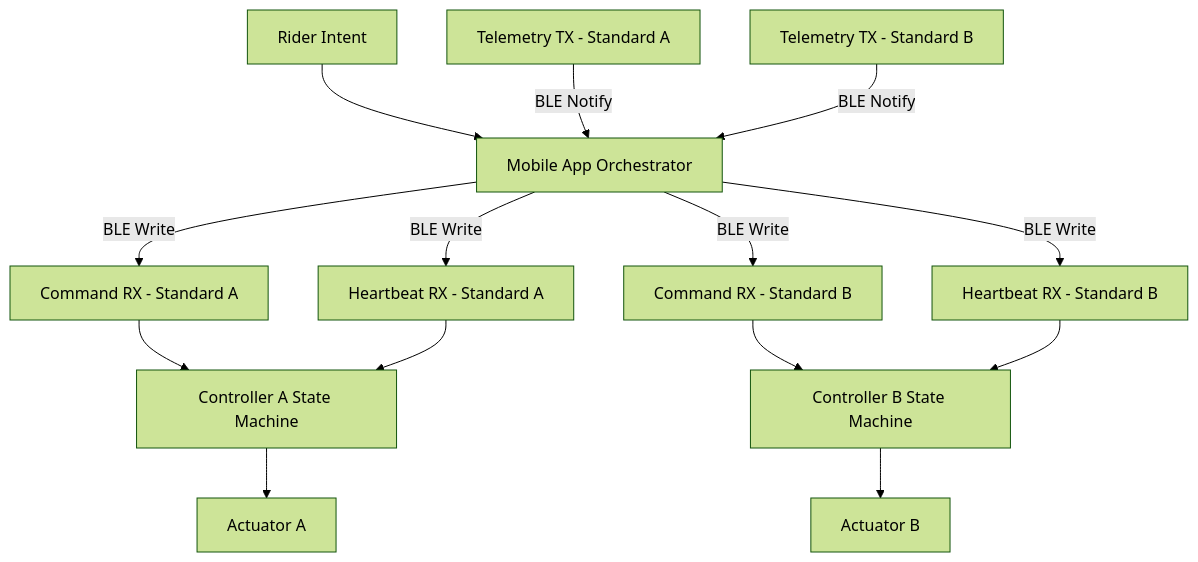
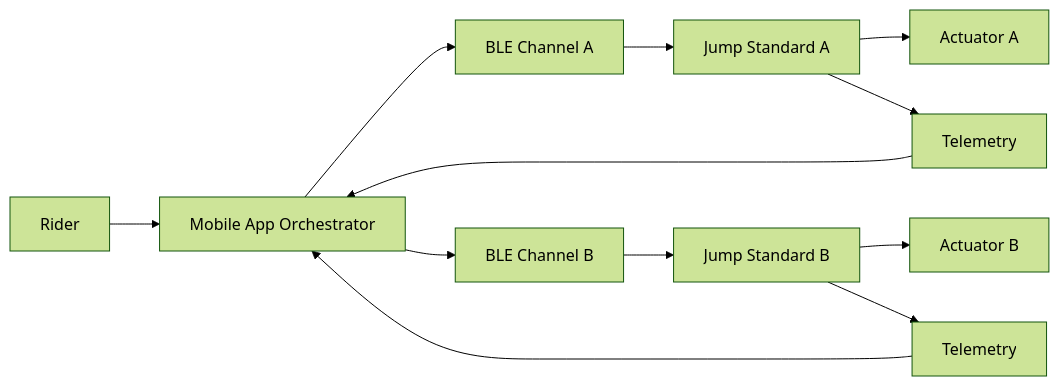
One commit to arisharazakhan-cpu/smart-jump-prototype changed the diagram in README.md. Above: the diagram before and after it, drawn with Mermaid (forest theme). The commit also changed other lines of this file, not shown here.

Commit message:
docs: finalize professional README with live demo and architecture

````diff
--- a/README.md
+++ b/README.md
@@ -180,20 +77,19 @@
 ```mermaid
-flowchart TB
-    Rider[Rider Intent] --> App[Mobile App Orchestrator]
+flowchart LR
+    Rider[Rider] --> App[Mobile App Orchestrator]
 
-    App -->|BLE Write| CmdA[Command RX - Standard A]
-    App -->|BLE Write| HbA[Heartbeat RX - Standard A]
-    TelA[Telemetry TX - Standard A] -->|BLE Notify| App
+    App --> BLEA[BLE Channel A]
+    App --> BLEB[BLE Channel B]
 
-    App -->|BLE Write| CmdB[Command RX - Standard B]
-    App -->|BLE Write| HbB[Heartbeat RX - Standard B]
-    TelB[Telemetry TX - Standard B] -->|BLE Notify| App
+    BLEA --> DevA[Jump Standard A]
+    BLEB --> DevB[Jump Standard B]
 
-    CmdA --> DevA[Controller A State Machine]
-    HbA --> DevA
-    DevA --> MotA[Actuator A]
+    DevA --> MotorA[Actuator A]
+    DevB --> MotorB[Actuator B]
 
-    CmdB --> DevB[Controller B State Machine]
-    HbB --> DevB
-    DevB --> MotB[Actuator B]
+    DevA --> TelemetryA[Telemetry]
+    DevB --> TelemetryB[Telemetry]
+
+    TelemetryA --> App
+    TelemetryB --> App
 ```
````
